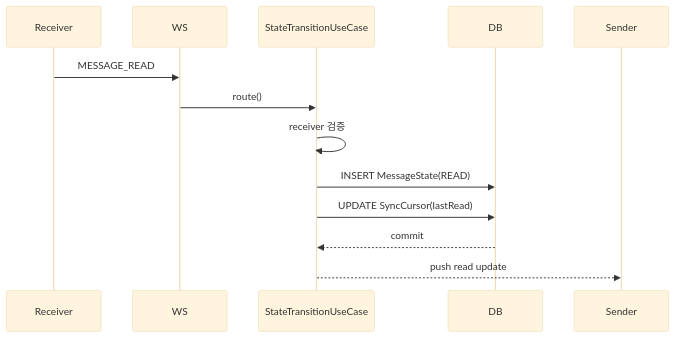
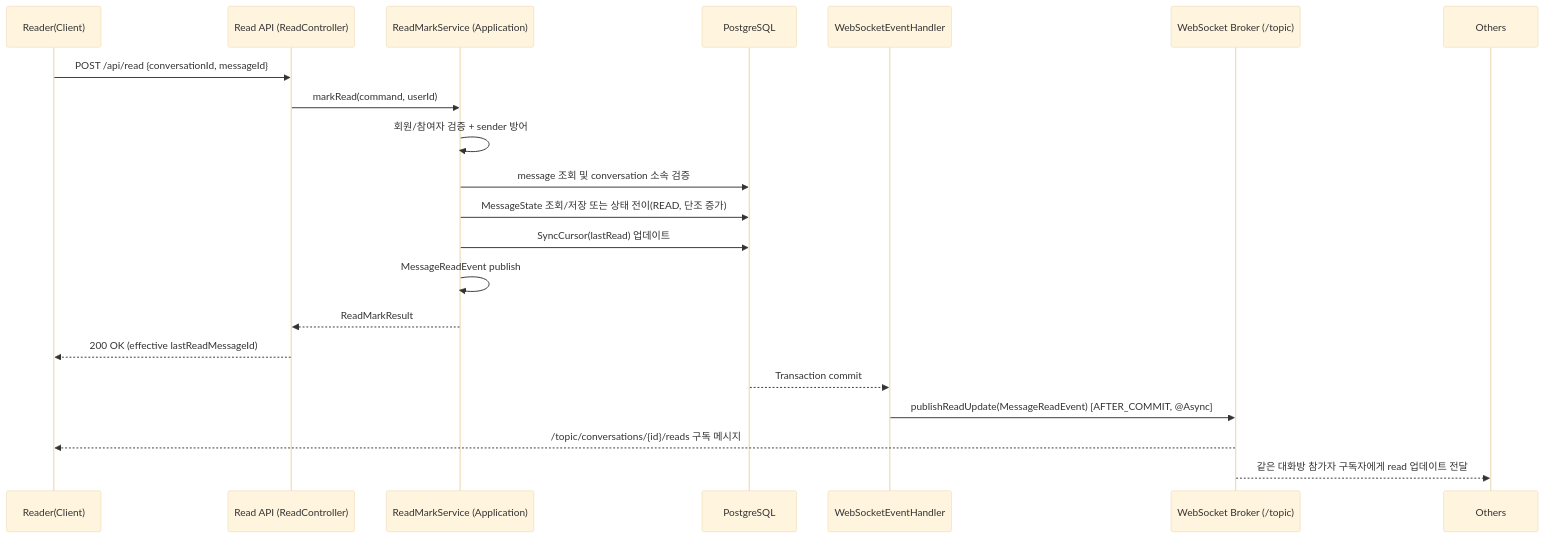
Before and after one commit to inhong000319-coder/Signal_Project: the fourth of 6 diagrams in README.md, drawn with Mermaid (base theme). The commit also changed other lines of this file, not shown here.

First line of the commit message:
docs: Signal 다이어그램 정합성 수정

````diff
--- a/README.md
+++ b/README.md
@@ -257,19 +271,25 @@
 ```mermaid
 sequenceDiagram
+    participant Reader as Reader(Client)
+    participant REST as Read API (ReadController)
+    participant UC as ReadMarkService (Application)
+    participant DB as PostgreSQL
+    participant Tx as WebSocketEventHandler
+    participant Broker as WebSocket Broker (/topic)
 
-participant Receiver
-participant WS
-participant UC as StateTransitionUseCase
-participant DB
+    Reader->>REST: POST /api/read {conversationId, messageId}
+    REST->>UC: markRead(command, userId)
+    UC->>UC: 회원/참여자 검증 + sender 방어
+    UC->>DB: message 조회 및 conversation 소속 검증
+    UC->>DB: MessageState 조회/저장 또는 상태 전이(READ, 단조 증가)
+    UC->>DB: SyncCursor(lastRead) 업데이트
+    UC->>UC: MessageReadEvent publish
+    UC-->>REST: ReadMarkResult
+    REST-->>Reader: 200 OK (effective lastReadMessageId)
 
-Receiver->>WS: MESSAGE_READ
-WS->>UC: route()
+    DB-->>Tx: Transaction commit
+    Tx->>Broker: publishReadUpdate(MessageReadEvent) [AFTER_COMMIT, @Async]
+    Broker-->>Reader: /topic/conversations/{id}/reads 구독 메시지
+    Broker-->>Others: 같은 대화방 참가자 구독자에게 read 업데이트 전달
 
-UC->>UC: receiver 검증
-UC->>DB: INSERT MessageState(READ)
-UC->>DB: UPDATE SyncCursor(lastRead)
-
-DB-->>UC: commit
-
-UC-->>Sender: push read update
 ```
````
